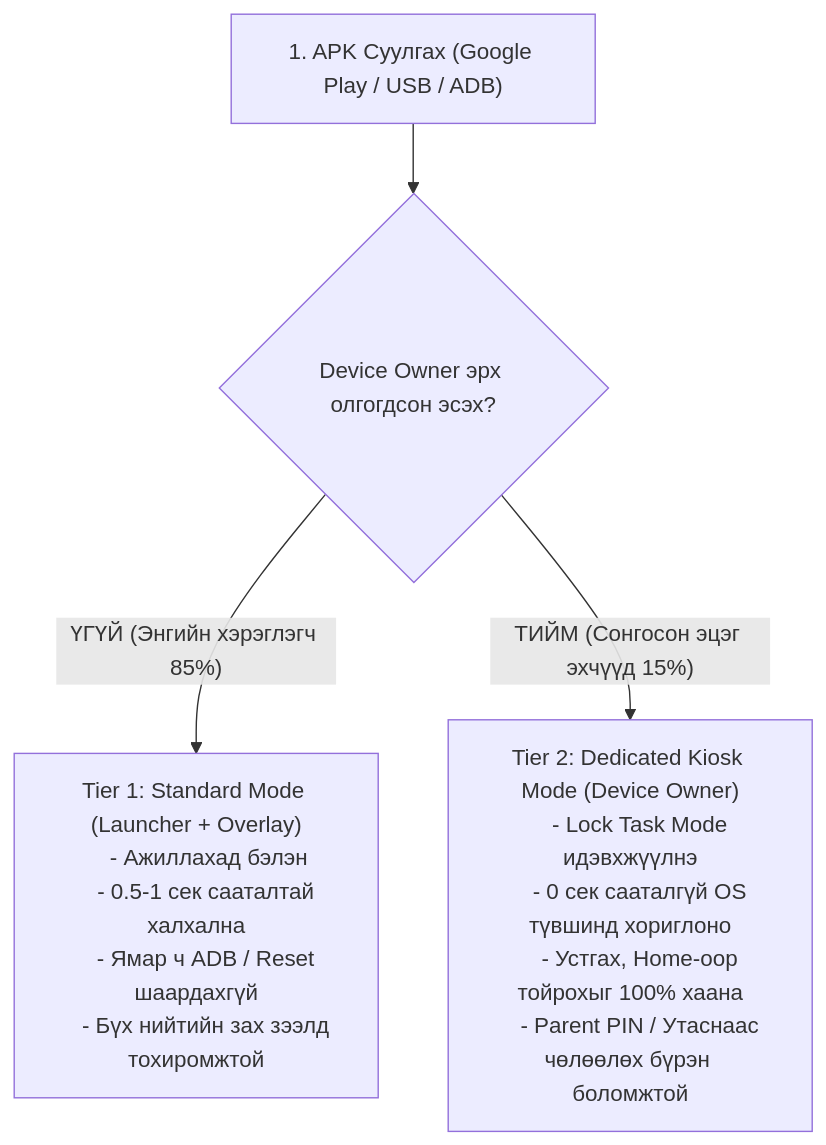
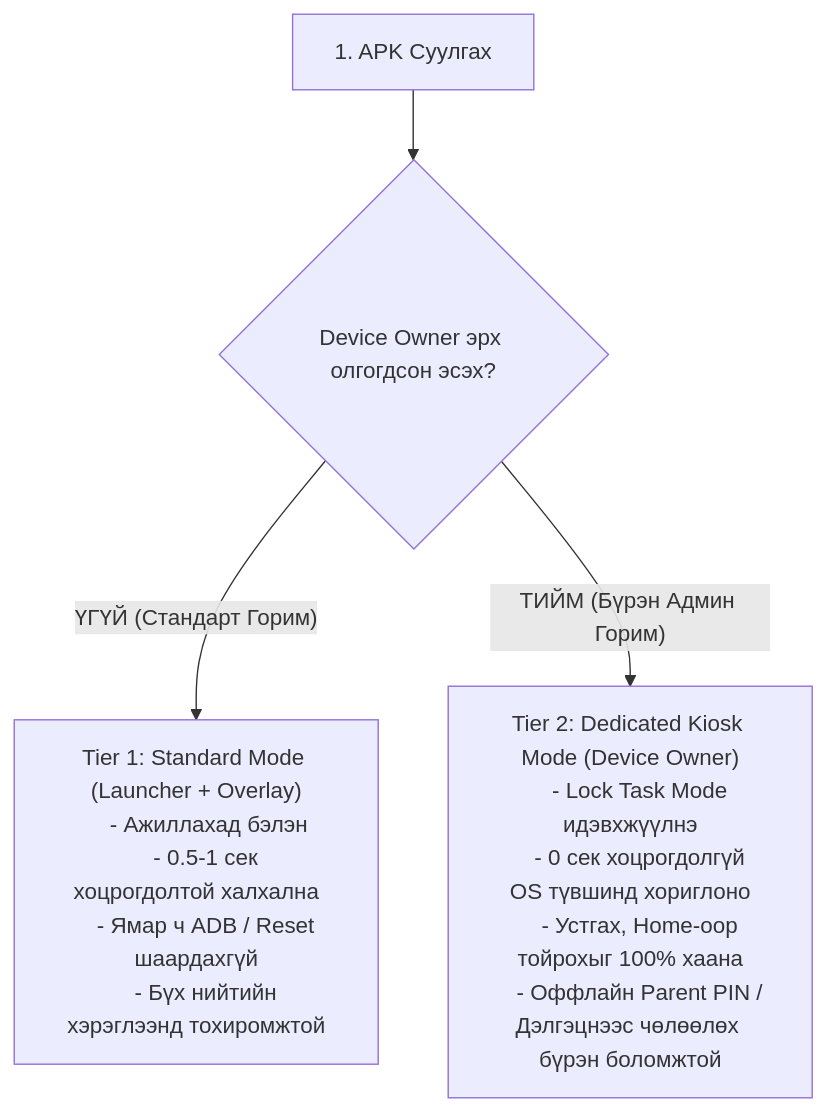
One commit to AriukagiinTuvshoo/TVCONTROL changed the diagram in docs/10.3-device-owner-kiosk-feasibility.md. Above: the diagram before and after it, drawn with Mermaid. The commit also changed other lines of this file and 1 other file, not shown here.

Commit message:
docs(phase10.4): add technical fact verification report and correct Phase 10.3 Device Owner claims

````diff
--- a/docs/10.3-device-owner-kiosk-feasibility.md
+++ b/docs/10.3-device-owner-kiosk-feasibility.md
@@ -144,16 +136,16 @@
 ```mermaid
 flowchart TD
-    Install["1. APK Суулгах (Google Play / USB / ADB)"] --> CheckDO{"Device Owner эрх олгогдсон эсэх?"}
+    Install["1. APK Суулгах"] --> CheckDO{"Device Owner эрх олгогдсон эсэх?"}
     
-    CheckDO -- "ҮГҮЙ (Энгийн хэрэглэгч 85%)" --> StandardMode["Tier 1: Standard Mode (Launcher + Overlay)
+    CheckDO -- "ҮГҮЙ (Стандарт Горим)" --> StandardMode["Tier 1: Standard Mode (Launcher + Overlay)
     - Ажиллахад бэлэн
-    - 0.5-1 сек сааталтай халхална
+    - 0.5-1 сек хоцрогдолтой халхална
     - Ямар ч ADB / Reset шаардахгүй
-    - Бүх нийтийн зах зээлд тохиромжтой"]
+    - Бүх нийтийн хэрэглээнд тохиромжтой"]
     
-    CheckDO -- "ТИЙМ (Сонгосон эцэг эхчүүд 15%)" --> KioskMode["Tier 2: Dedicated Kiosk Mode (Device Owner)
+    CheckDO -- "ТИЙМ (Бүрэн Админ Горим)" --> KioskMode["Tier 2: Dedicated Kiosk Mode (Device Owner)
     - Lock Task Mode идэвхжүүлнэ
-    - 0 сек сааталгүй OS түвшинд хориглоно
+    - 0 сек хоцрогдолгүй OS түвшинд хориглоно
     - Устгах, Home-оор тойрохыг 100% хаана
-    - Parent PIN / Утаснаас чөлөөлөх бүрэн боломжтой"]
+    - Оффлайн Parent PIN / Дэлгэцнээс чөлөөлөх бүрэн боломжтой"]
 ```
````
